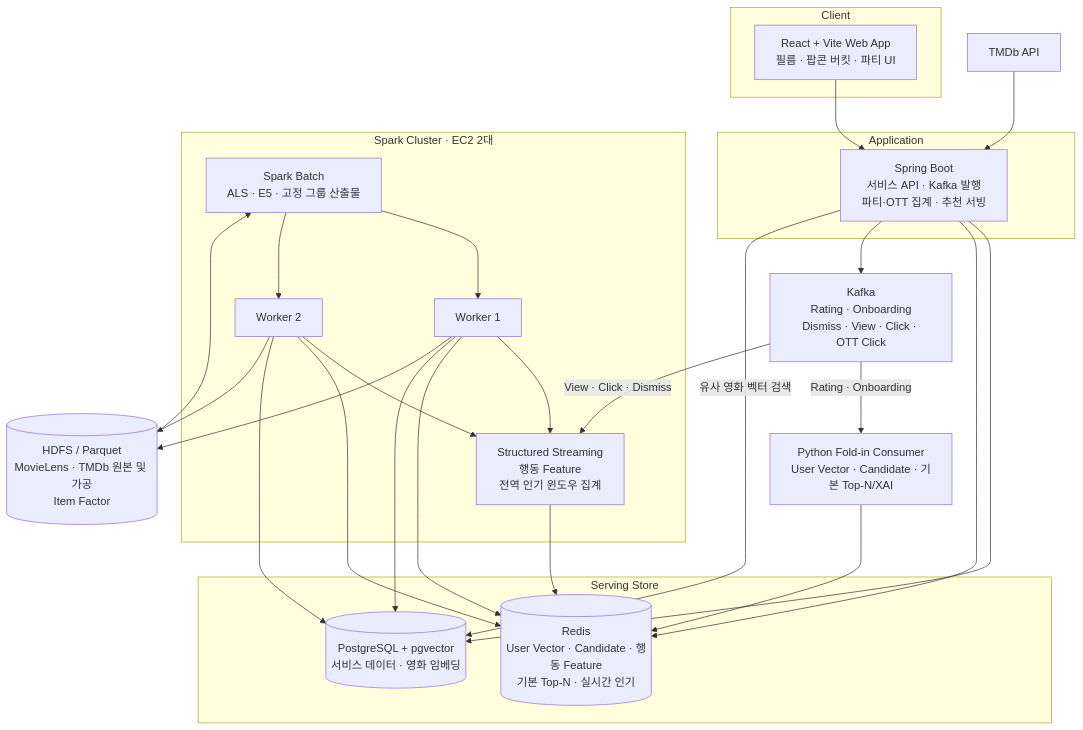
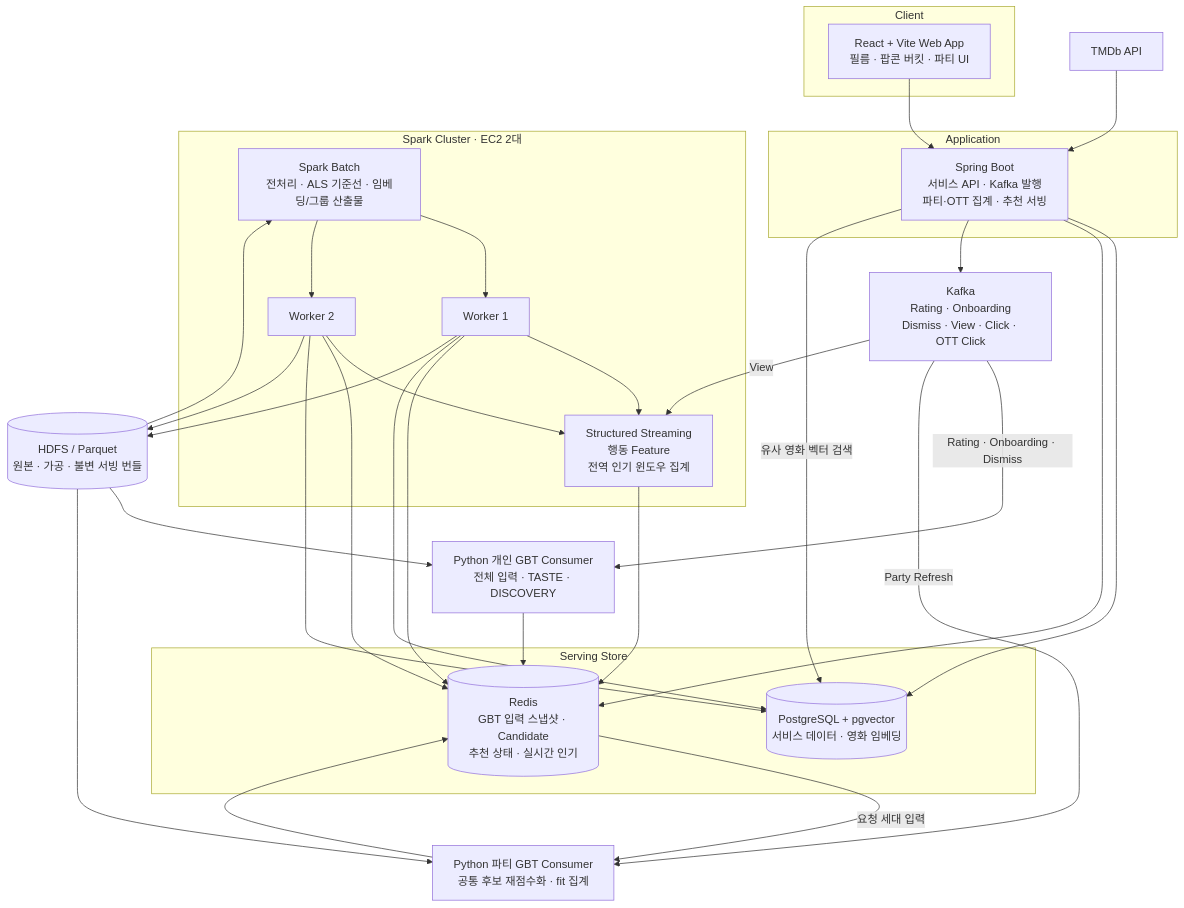
Before and after one commit to koongya-studio/feelm: the second of 3 diagrams in README.md, drawn with Mermaid. The commit also changed other lines of this file and 19 other files, not shown here.

````diff
--- a/README.md
+++ b/README.md
@@ -255,49 +260,55 @@
 ```mermaid
 flowchart TB
     subgraph CLIENT["Client"]
         FE["React + Vite Web App<br/>필름 · 팝콘 버킷 · 파티 UI"]
     end
 
     subgraph APP["Application"]
         BE["Spring Boot<br/>서비스 API · Kafka 발행<br/>파티·OTT 집계 · 추천 서빙"]
     end
 
     subgraph STORE["Serving Store"]
         PG[("PostgreSQL + pgvector<br/>서비스 데이터 · 영화 임베딩")]
-        RD[("Redis<br/>User Vector · Candidate · 행동 Feature<br/>기본 Top-N · 실시간 인기")]
+        RD[("Redis<br/>GBT 입력 스냅샷 · Candidate<br/>추천 상태 · 실시간 인기")]
     end
 
     subgraph SPARK["Spark Cluster · EC2 2대"]
-        SM["Spark Batch<br/>ALS · E5 · 고정 그룹 산출물"]
+        SM["Spark Batch<br/>전처리 · ALS 기준선 · 임베딩/그룹 산출물"]
         SS["Structured Streaming<br/>행동 Feature<br/>전역 인기 윈도우 집계"]
         W1["Worker 1"]
         W2["Worker 2"]
     end
 
-    LAKE[("HDFS / Parquet<br/>MovieLens · TMDb 원본 및 가공<br/>Item Factor")]
+    LAKE[("HDFS / Parquet<br/>원본 · 가공 · 불변 서빙 번들")]
     KF["Kafka<br/>Rating · Onboarding<br/>Dismiss · View · Click · OTT Click"]
-    PC["Python Fold-in Consumer<br/>User Vector · Candidate · 기본 Top-N/XAI"]
+    PC["Python 개인 GBT Consumer<br/>전체 입력 · TASTE · DISCOVERY"]
+    PARTY["Python 파티 GBT Consumer<br/>공통 후보 재점수화 · fit 집계"]
     TMDB["TMDb API"]
 
     FE --> BE
     BE --> PG
     BE --> RD
     BE --> KF
-    KF -->|"Rating · Onboarding"| PC
+    KF -->|"Rating · Onboarding · Dismiss"| PC
     PC --> RD
-    KF -->|"View · Click · Dismiss"| SS
+    LAKE --> PC
+    LAKE --> PARTY
+    KF -->|"Party Refresh"| PARTY
+    RD -->|"요청 세대 입력"| PARTY
+    PARTY --> RD
+    KF -->|"View"| SS
     SS --> RD
     BE -->|"유사 영화 벡터 검색"| PG
     TMDB --> BE
     LAKE --> SM
     SM --> W1
     SM --> W2
     W1 --> SS
     W2 --> SS
     W1 --> RD
     W2 --> RD
     W1 --> PG
     W2 --> PG
     W1 --> LAKE
     W2 --> LAKE
 ```
````
